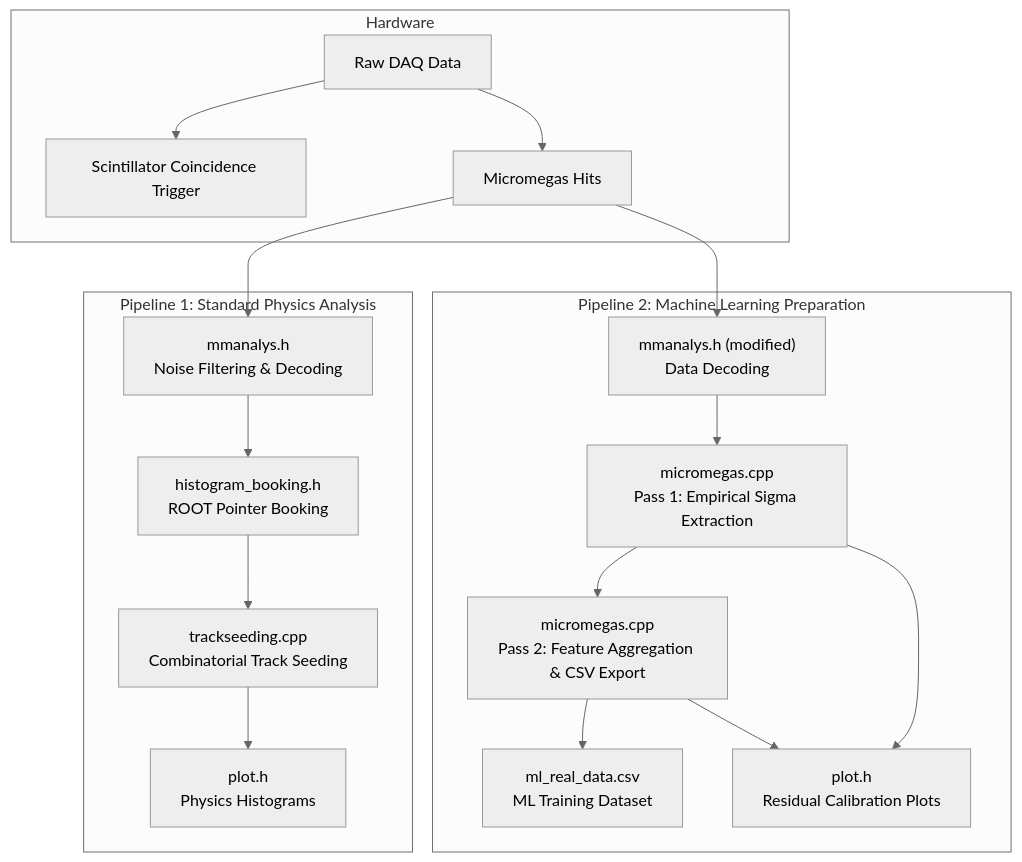
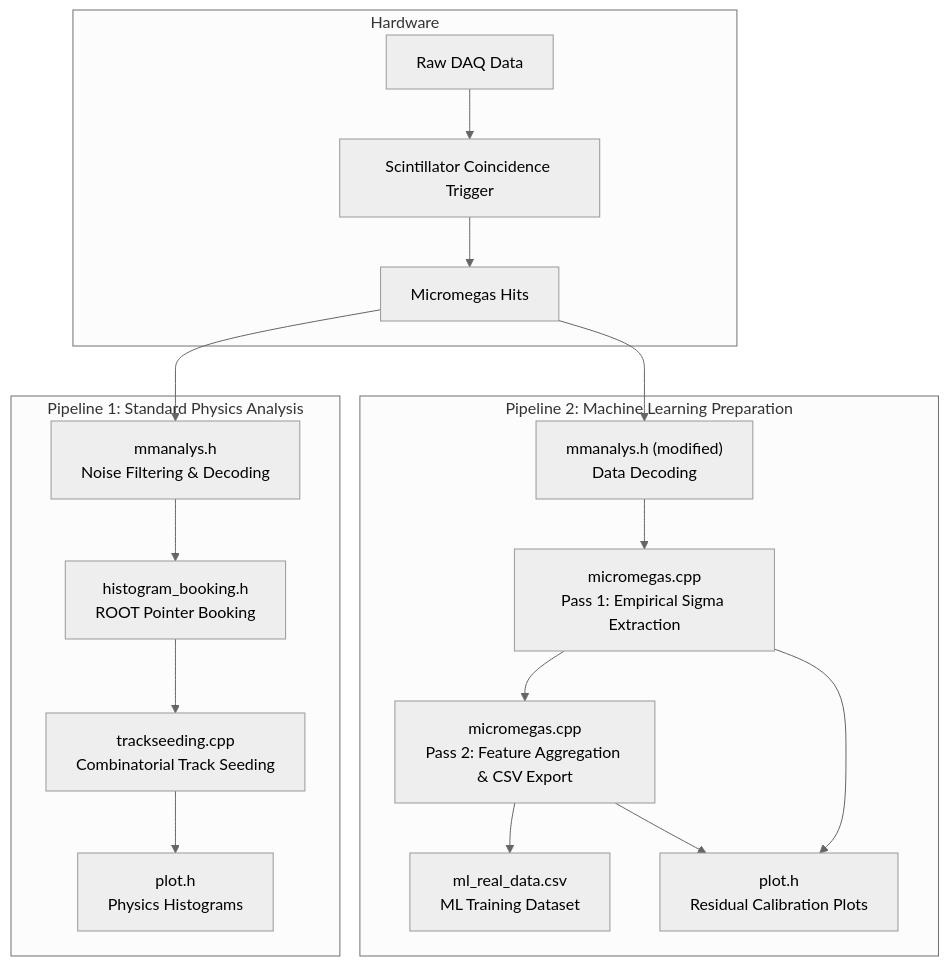
Before and after one commit to FotisVard/Readme: the diagram in Muon Telescope Reconstruction & ML Framework.md, drawn with Mermaid (neutral theme).

Commit message:
Update Muon Telescope Reconstruction & ML Framework.md
Updated the mermaid graph to show the connection from the Scintillator Coincidence Trigger to Micromegas Hits.

````diff
--- a/Muon Telescope Reconstruction & ML Framework.md
+++ b/Muon Telescope Reconstruction & ML Framework.md
@@ -86,24 +86,23 @@
 ```mermaid
 
 graph TD
     subgraph Hardware
-        DAQ["Raw DAQ Data"] --> SC["Scintillator Coincidence Trigger"]
-        DAQ --> MM["Micromegas Hits"]
+        DAQ["Raw DAQ Data"] --> SC["Scintillator Coincidence Trigger"] --> MM["Micromegas Hits"]
     end
 
     subgraph Pipeline_1["Pipeline 1: Standard Physics Analysis"]
         MM --> A["mmanalys.h<br>Noise Filtering & Decoding"]
         A --> B["histogram_booking.h<br>ROOT Pointer Booking"]
         B --> C["trackseeding.cpp<br>Combinatorial Track Seeding"]
         C --> D["plot.h<br>Physics Histograms"]
     end
 
     subgraph Pipeline_2["Pipeline 2: Machine Learning Preparation"]
         MM --> E["mmanalys.h (modified)<br>Data Decoding"]
         E --> F["micromegas.cpp<br>Pass 1: Empirical Sigma Extraction"]
         F --> G["micromegas.cpp<br>Pass 2: Feature Aggregation & CSV Export"]
         G --> H["ml_real_data.csv<br>ML Training Dataset"]
         F --> I["plot.h<br>Residual Calibration Plots"]
         G --> I
     end
 ```
````
